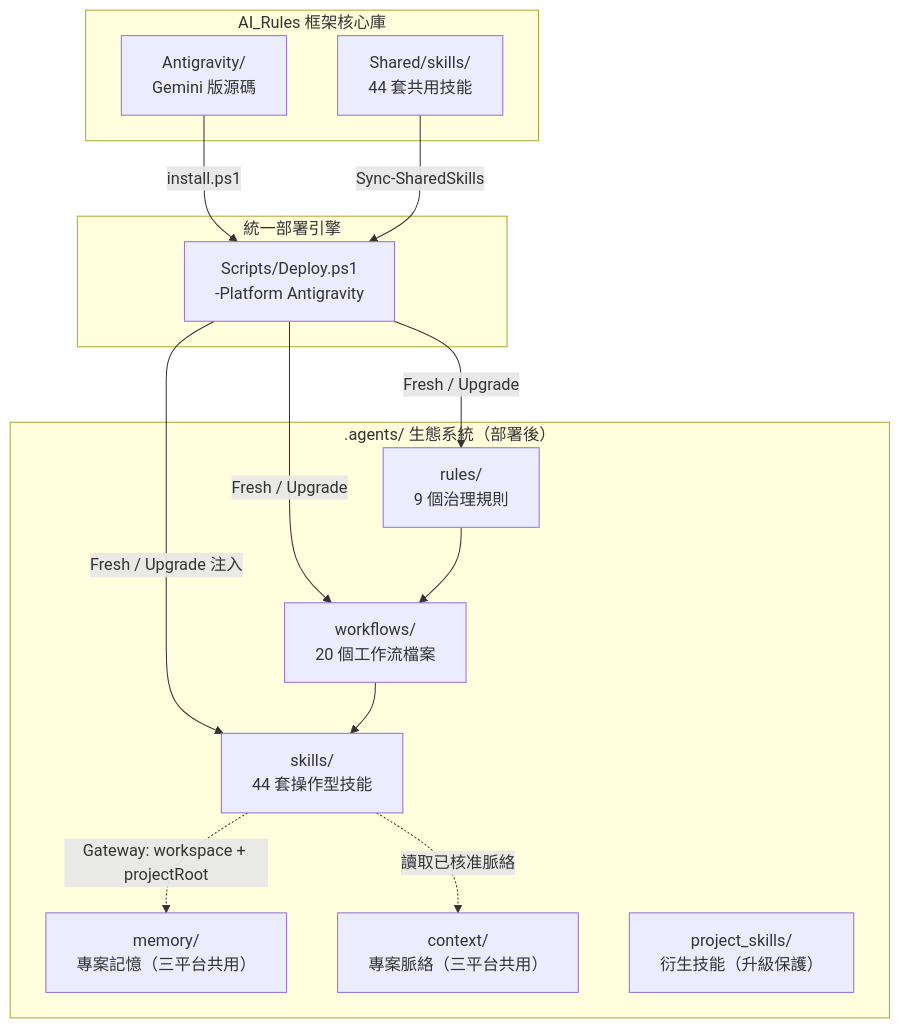
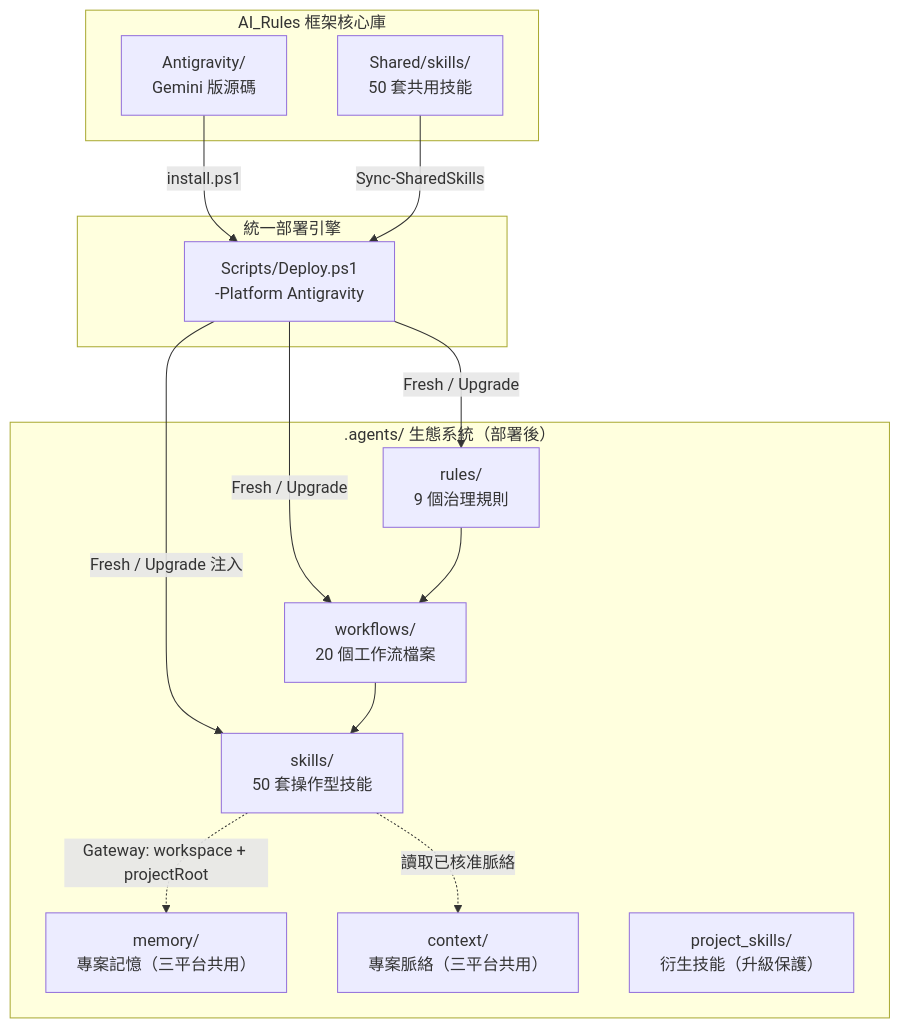
The first of 3 diagrams in Antigravity/README.md (Kunshao1117/AI_Rules), drawn with Mermaid before and after one commit. The commit also changed other lines of this file and 88 other files, not shown here.

````diff
--- a/Antigravity/README.md
+++ b/Antigravity/README.md
@@ -82,30 +82,30 @@
 ```mermaid
 graph TB
     subgraph "AI_Rules 框架核心庫"
         SRC["Antigravity/<br/>Gemini 版源碼"]
-        SH["Shared/skills/<br/>44 套共用技能"]
+        SH["Shared/skills/<br/>50 套共用技能"]
     end
 
     subgraph "統一部署引擎"
         DEPLOY["Scripts/Deploy.ps1<br/>-Platform Antigravity"]
     end
 
     subgraph ".agents/ 生態系統（部署後）"
         RULES["rules/<br/>9 個治理規則"]
         WF["workflows/<br/>20 個工作流檔案"]
-        SKILLS["skills/<br/>44 套操作型技能"]
+        SKILLS["skills/<br/>50 套操作型技能"]
         MEM["memory/<br/>專案記憶（三平台共用）"]
         CTX["context/<br/>專案脈絡（三平台共用）"]
         PROJ["project_skills/<br/>衍生技能（升級保護）"]
     end
 
     SRC -->|"install.ps1"| DEPLOY
     SH -->|"Sync-SharedSkills"| DEPLOY
     DEPLOY -->|"Fresh / Upgrade"| RULES
     DEPLOY -->|"Fresh / Upgrade"| WF
     DEPLOY -->|"Fresh / Upgrade 注入"| SKILLS
     RULES --> WF
     WF --> SKILLS
     SKILLS -.->|"Gateway: workspace + projectRoot"| MEM
     SKILLS -.->|"讀取已核准脈絡"| CTX
 ```
````
